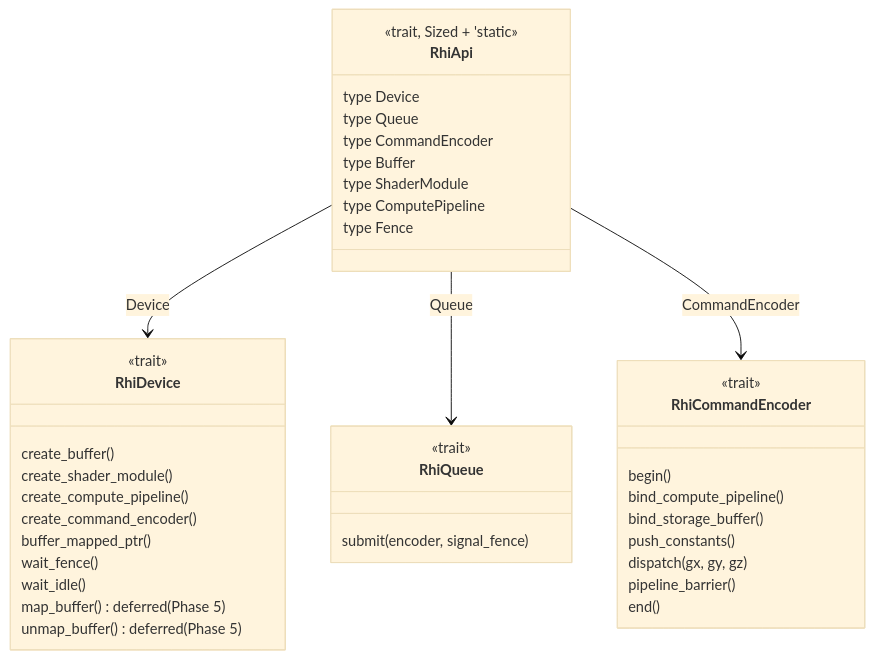
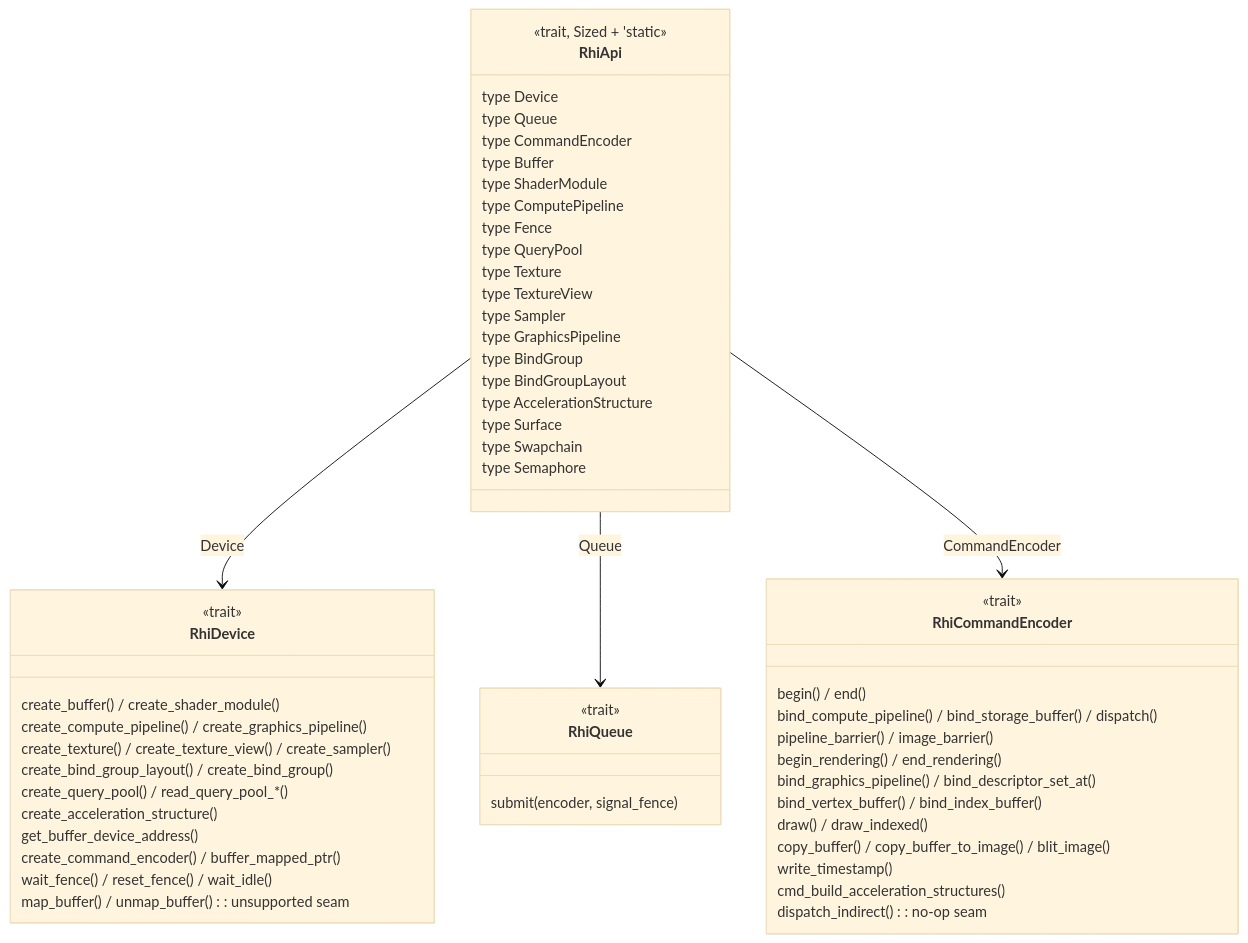
One commit to bluesteelll/boyko-engine changed the first of 3 diagrams in book/src/rendering/rhi.md. Above: the diagram before and after it, drawn with Mermaid (base theme). The commit also changed other lines of this file and 20 other files, not shown here.

````diff
--- a/book/src/rendering/rhi.md
+++ b/book/src/rendering/rhi.md
@@ -26,42 +26,58 @@
 ```mermaid
 classDiagram
     class RhiApi {
         <<trait, Sized + 'static>>
         type Device
         type Queue
         type CommandEncoder
         type Buffer
         type ShaderModule
         type ComputePipeline
         type Fence
+        type QueryPool
+        type Texture
+        type TextureView
+        type Sampler
+        type GraphicsPipeline
+        type BindGroup
+        type BindGroupLayout
+        type AccelerationStructure
+        type Surface
+        type Swapchain
+        type Semaphore
     }
     class RhiDevice {
         <<trait>>
-        create_buffer()
-        create_shader_module()
-        create_compute_pipeline()
-        create_command_encoder()
-        buffer_mapped_ptr()
-        wait_fence()
-        wait_idle()
-        map_buffer() : deferred (Phase 5)
-        unmap_buffer() : deferred (Phase 5)
+        create_buffer() / create_shader_module()
+        create_compute_pipeline() / create_graphics_pipeline()
+        create_texture() / create_texture_view() / create_sampler()
+        create_bind_group_layout() / create_bind_group()
+        create_query_pool() / read_query_pool_*()
+        create_acceleration_structure()
+        get_buffer_device_address()
+        create_command_encoder() / buffer_mapped_ptr()
+        wait_fence() / reset_fence() / wait_idle()
+        map_buffer() / unmap_buffer() : unsupported seam
     }
     class RhiQueue {
         <<trait>>
         submit(encoder, signal_fence)
     }
     class RhiCommandEncoder {
         <<trait>>
-        begin()
-        bind_compute_pipeline()
-        bind_storage_buffer()
-        push_constants()
-        dispatch(gx, gy, gz)
-        pipeline_barrier()
-        end()
+        begin() / end()
+        bind_compute_pipeline() / bind_storage_buffer() / dispatch()
+        pipeline_barrier() / image_barrier()
+        begin_rendering() / end_rendering()
+        bind_graphics_pipeline() / bind_descriptor_set_at()
+        bind_vertex_buffer() / bind_index_buffer()
+        draw() / draw_indexed()
+        copy_buffer() / copy_buffer_to_image() / blit_image()
+        write_timestamp()
+        cmd_build_acceleration_structures()
+        dispatch_indirect() : no-op seam
     }
     RhiApi --> RhiDevice : Device
     RhiApi --> RhiQueue : Queue
     RhiApi --> RhiCommandEncoder : CommandEncoder
 ```
````
